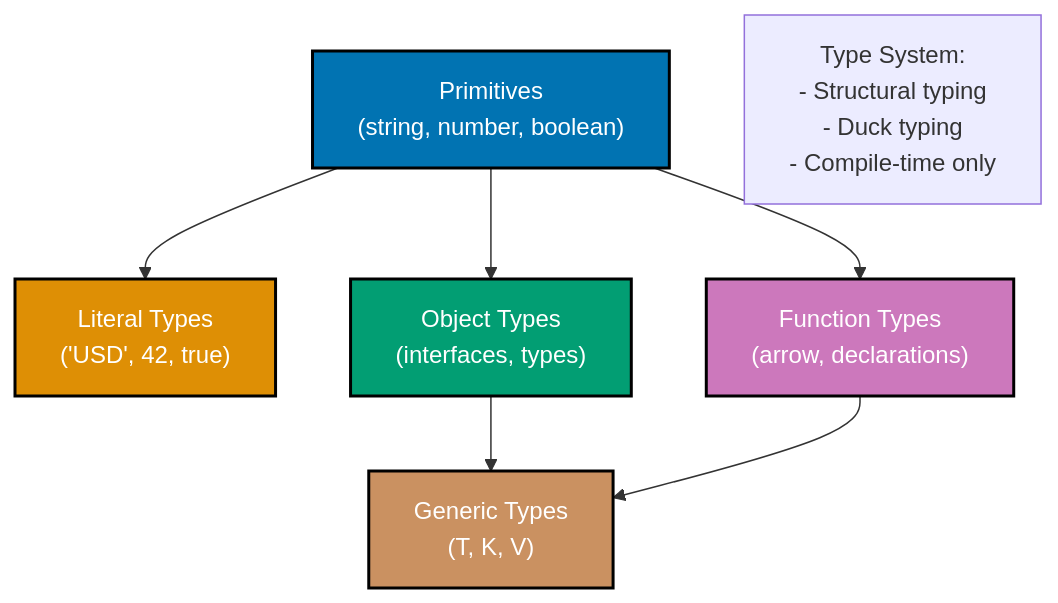
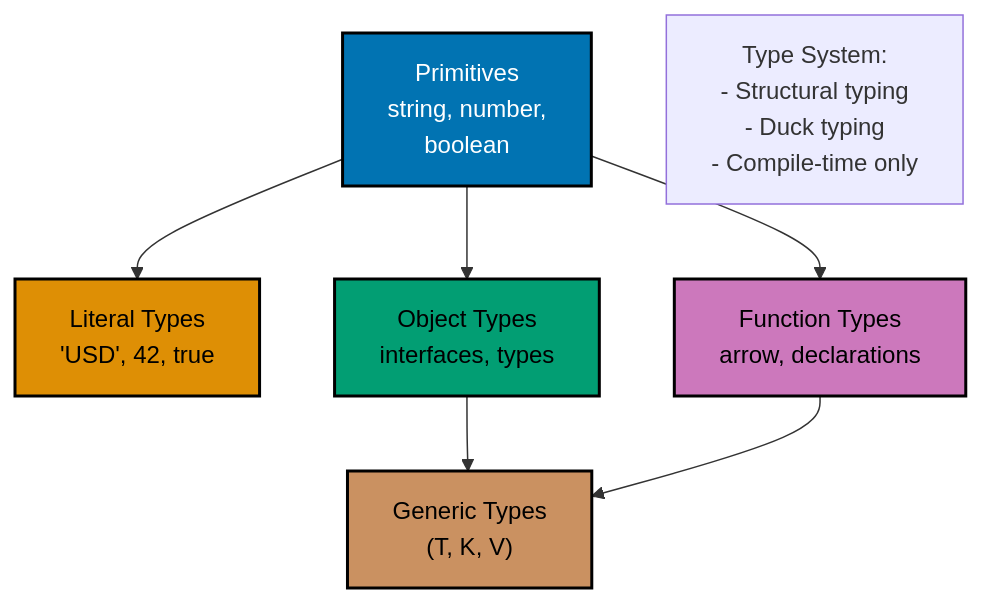
One commit to wahidyankf/ose-public changed the first of 3 diagrams in docs/explanation/software-engineering/programming-languages/typescript/interfaces-and-types.md. Above: the diagram before and after it, drawn with Mermaid. The commit also changed other lines of this file and 57 other files, not shown here.

First line of the commit message:
docs(diagrams): make docs diagrams accessible

````diff
--- a/docs/explanation/software-engineering/programming-languages/typescript/interfaces-and-types.md
+++ b/docs/explanation/software-engineering/programming-languages/typescript/interfaces-and-types.md
@@ -31,23 +31,25 @@
 ```mermaid
 %% Color Palette: Blue #0173B2, Orange #DE8F05, Teal #029E73, Purple #CC78BC, Brown #CA9161
 graph TD
-    Primitives["Primitives<br/>(string, number, boolean)"]:::blue
-    Literals["Literal Types<br/>#40;'USD', 42, true#41;"]:::orange
-    Objects["Object Types<br/>#40;interfaces, types#41;"]:::teal
-    Functions["Function Types<br/>#40;arrow, declarations#41;"]:::purple
+    accTitle: Type Hierarchy and Relationships
+    accDescr: Primitives string, number, boolean leads to Literal Types 'USD', 42, true; Primitives string, number, boolean leads to Object Types interfaces, types; Primitives string, number, boolean leads to Function Types arrow, declarations; and 2 more links.
+    Primitives["Primitives<br/>string, number,<br/>boolean"]:::blue
+    Literals["Literal Types<br/>'USD', 42, true"]:::orange
+    Objects["Object Types<br/>interfaces, types"]:::teal
+    Functions["Function Types<br/>arrow, declarations"]:::purple
     Generics["Generic Types<br/>#40;T, K, V#41;"]:::brown
 
     Primitives --> Literals
     Primitives --> Objects
     Primitives --> Functions
     Objects --> Generics
     Functions --> Generics
 
     Note1["Type System:<br/>- Structural typing<br/>- Duck typing<br/>- Compile-time only"]
 
     classDef blue fill:#0173B2,stroke:#000000,color:#FFFFFF,stroke-width:2px
-    classDef orange fill:#DE8F05,stroke:#000000,color:#FFFFFF,stroke-width:2px
-    classDef teal fill:#029E73,stroke:#000000,color:#FFFFFF,stroke-width:2px
-    classDef purple fill:#CC78BC,stroke:#000000,color:#FFFFFF,stroke-width:2px
-    classDef brown fill:#CA9161,stroke:#000000,color:#FFFFFF,stroke-width:2px
+    classDef orange fill:#DE8F05,stroke:#000000,color:#000000,stroke-width:2px
+    classDef teal fill:#029E73,stroke:#000000,color:#000000,stroke-width:2px
+    classDef purple fill:#CC78BC,stroke:#000000,color:#000000,stroke-width:2px
+    classDef brown fill:#CA9161,stroke:#000000,color:#000000,stroke-width:2px
 ```
````
